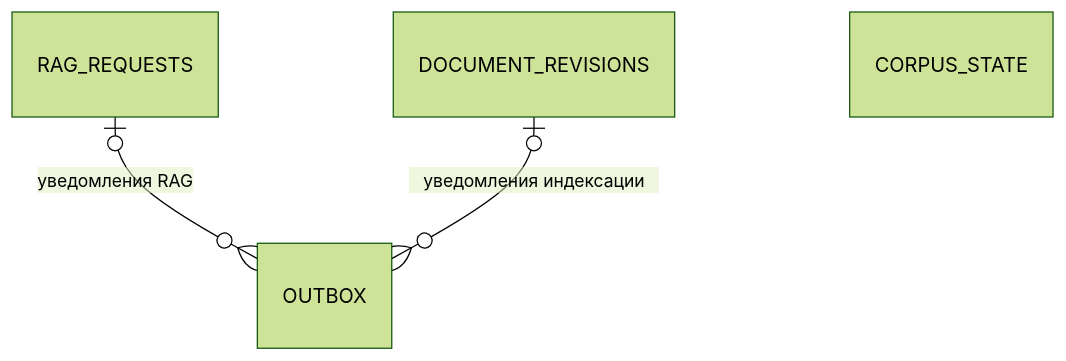
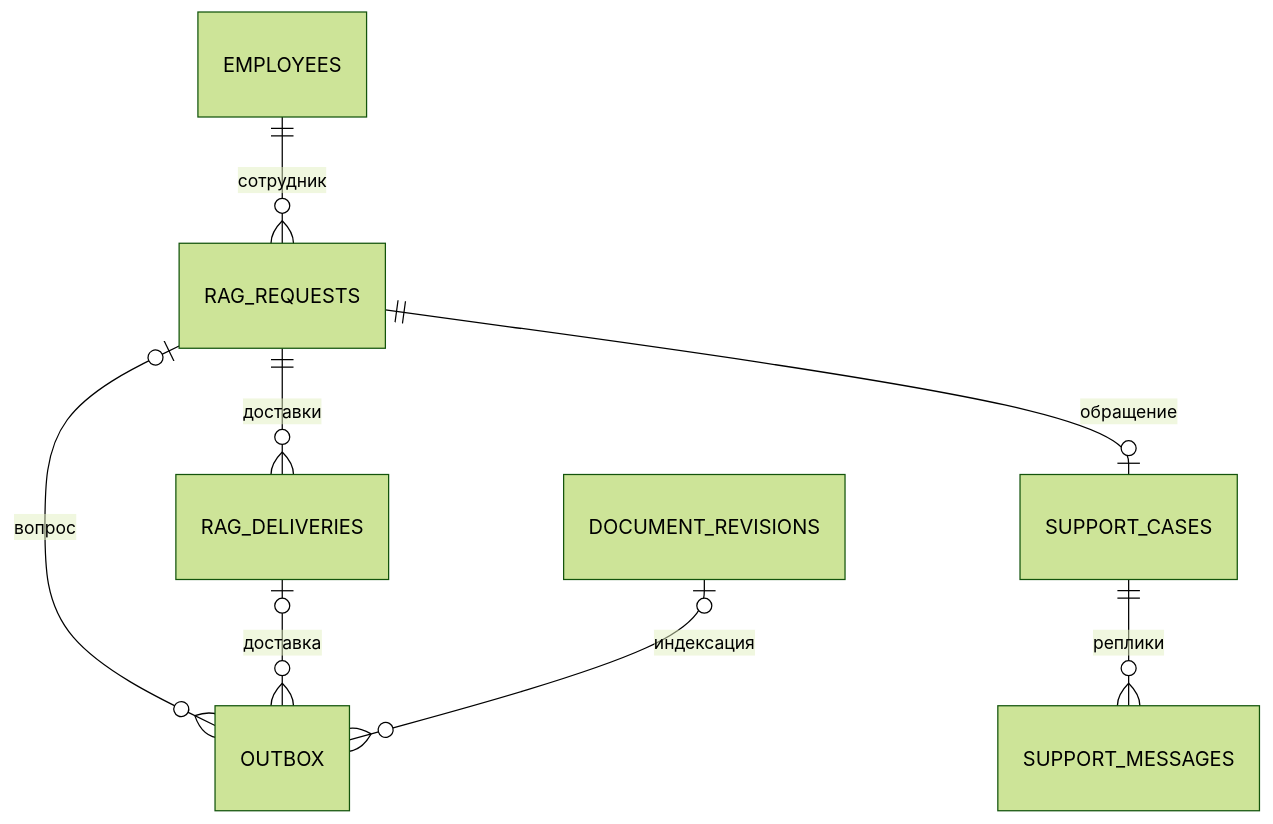
Before and after one commit to verdenkaa/docs-bots: the diagram in docs/documents/infrastructure/postgresql/index.md, drawn with Mermaid (forest theme). The commit also changed other lines of this file and 115 other files, not shown here.

```diff
--- a/docs/documents/infrastructure/postgresql/index.md
+++ b/docs/documents/infrastructure/postgresql/index.md
@@ -27,6 +37,10 @@
 ~~~mermaid
 erDiagram
-  RAG_REQUESTS o|--o{ OUTBOX : "уведомления RAG"
-  DOCUMENT_REVISIONS o|--o{ OUTBOX : "уведомления индексации"
-  CORPUS_STATE
+ EMPLOYEES ||--o{ RAG_REQUESTS : "сотрудник"
+ RAG_REQUESTS ||--o{ RAG_DELIVERIES : "доставки"
+ RAG_REQUESTS ||--o| SUPPORT_CASES : "обращение"
+ SUPPORT_CASES ||--o{ SUPPORT_MESSAGES : "реплики"
+ RAG_REQUESTS o|--o{ OUTBOX : "вопрос"
+ RAG_DELIVERIES o|--o{ OUTBOX : "доставка"
+ DOCUMENT_REVISIONS o|--o{ OUTBOX : "индексация"
 ~~~
```
